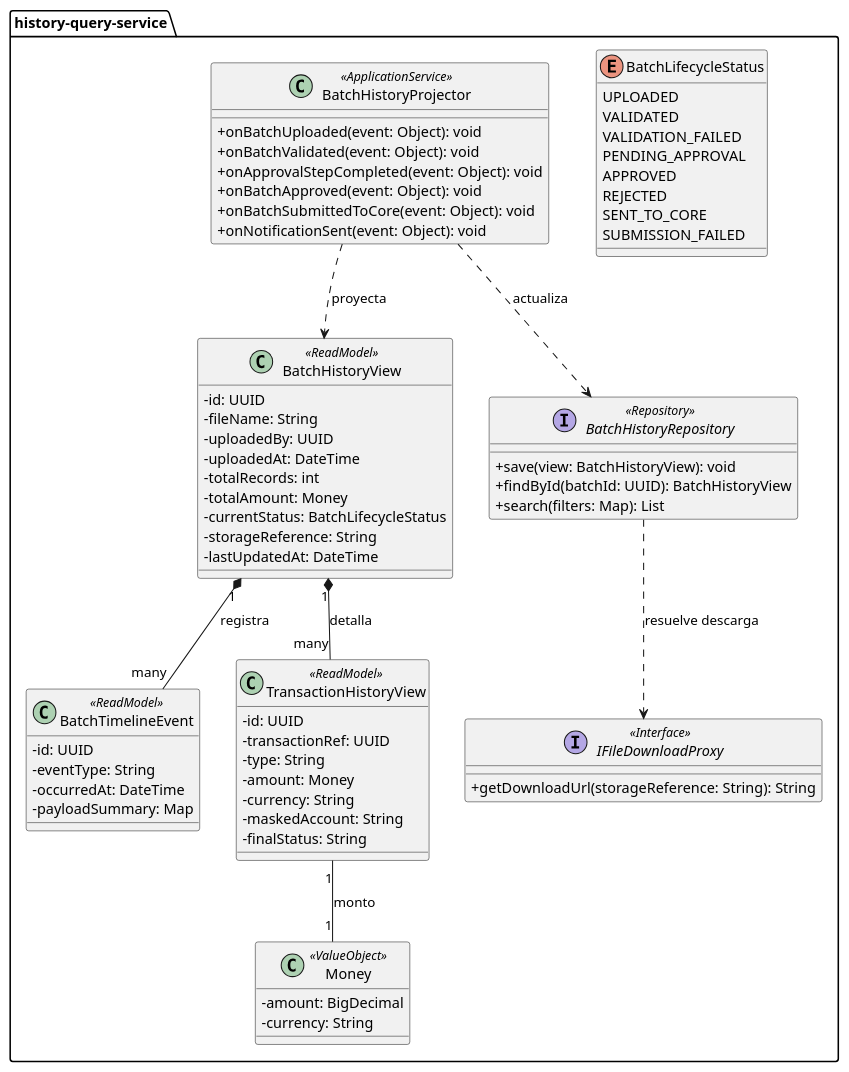
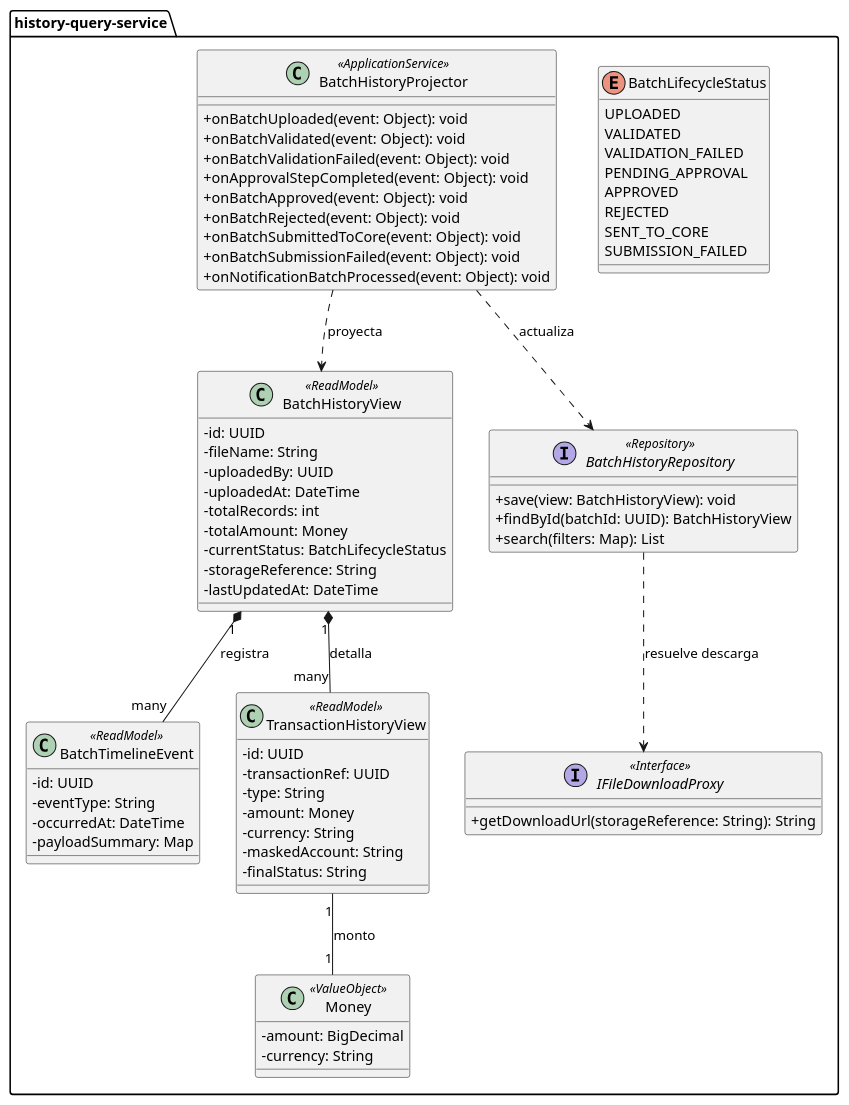
One commit to emileon9/Practicas-SA-B--202110363 changed the diagram in P3/diagrams/puml/01-class-diagrams/ms5-history-query.puml. Above: the diagram before and after it, drawn with PlantUML. The commit also changed 9 other files, not shown here.

Commit message:
diagramas faltantes

```diff
--- a/P3/diagrams/puml/01-class-diagrams/ms5-history-query.puml
+++ b/P3/diagrams/puml/01-class-diagrams/ms5-history-query.puml
@@ -1,78 +1,81 @@
 @startuml MS5_HistoryQuery
 skinparam classAttributeIconSize 0
 
 package "history-query-service" {
 
   enum BatchLifecycleStatus {
     UPLOADED
     VALIDATED
     VALIDATION_FAILED
     PENDING_APPROVAL
     APPROVED
     REJECTED
     SENT_TO_CORE
     SUBMISSION_FAILED
   }
 
   class BatchHistoryView <<ReadModel>> {
     - id: UUID
     - fileName: String
     - uploadedBy: UUID
     - uploadedAt: DateTime
     - totalRecords: int
     - totalAmount: Money
     - currentStatus: BatchLifecycleStatus
     - storageReference: String
     - lastUpdatedAt: DateTime
   }
 
   class BatchTimelineEvent <<ReadModel>> {
     - id: UUID
     - eventType: String
     - occurredAt: DateTime
     - payloadSummary: Map
   }
 
   class TransactionHistoryView <<ReadModel>> {
     - id: UUID
     - transactionRef: UUID
     - type: String
     - amount: Money
     - currency: String
     - maskedAccount: String
     - finalStatus: String
   }
 
   class Money <<ValueObject>> {
     - amount: BigDecimal
     - currency: String
   }
 
   class BatchHistoryProjector <<ApplicationService>> {
     + onBatchUploaded(event: Object): void
     + onBatchValidated(event: Object): void
+    + onBatchValidationFailed(event: Object): void
     + onApprovalStepCompleted(event: Object): void
     + onBatchApproved(event: Object): void
+    + onBatchRejected(event: Object): void
     + onBatchSubmittedToCore(event: Object): void
-    + onNotificationSent(event: Object): void
+    + onBatchSubmissionFailed(event: Object): void
+    + onNotificationBatchProcessed(event: Object): void
   }
 
   interface BatchHistoryRepository <<Repository>> {
     + save(view: BatchHistoryView): void
     + findById(batchId: UUID): BatchHistoryView
     + search(filters: Map): List
   }
 
   interface IFileDownloadProxy <<Interface>> {
     + getDownloadUrl(storageReference: String): String
   }
 
   BatchHistoryView "1" *-- "many" BatchTimelineEvent : registra
   BatchHistoryView "1" *-- "many" TransactionHistoryView : detalla
   TransactionHistoryView "1" -- "1" Money : monto
 
   BatchHistoryProjector ..> BatchHistoryRepository : actualiza
   BatchHistoryProjector ..> BatchHistoryView : proyecta
   BatchHistoryRepository ..> IFileDownloadProxy : resuelve descarga
 }
 @enduml
```
